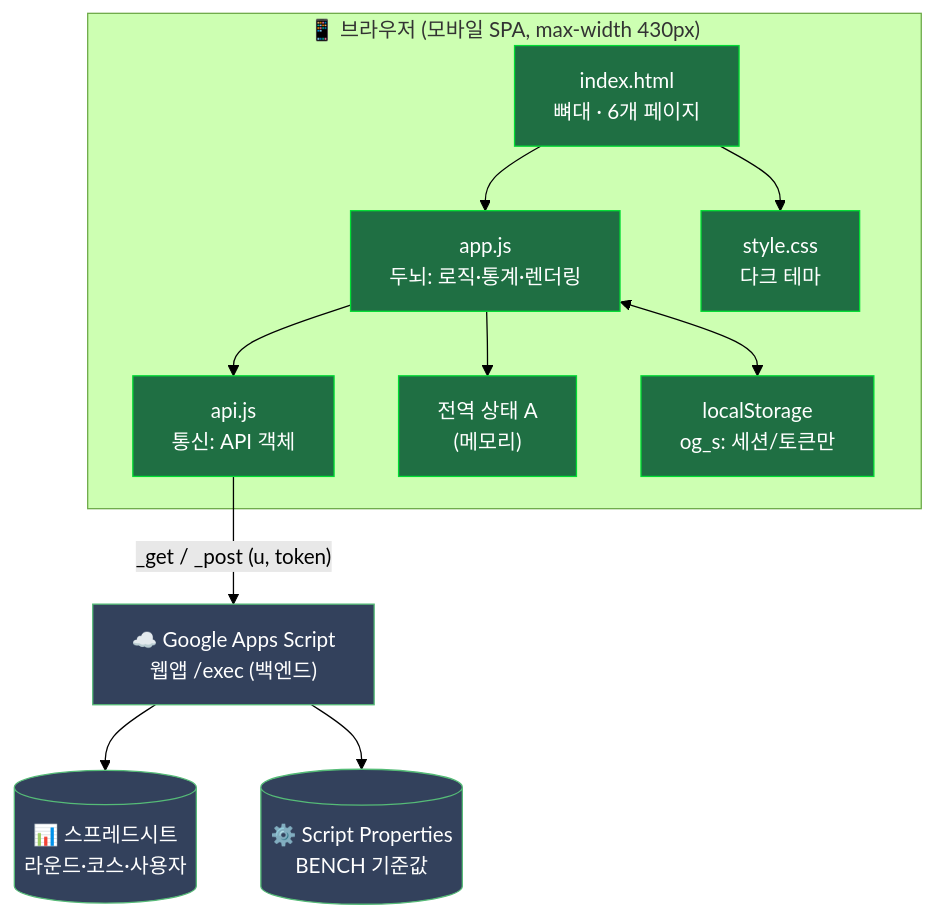
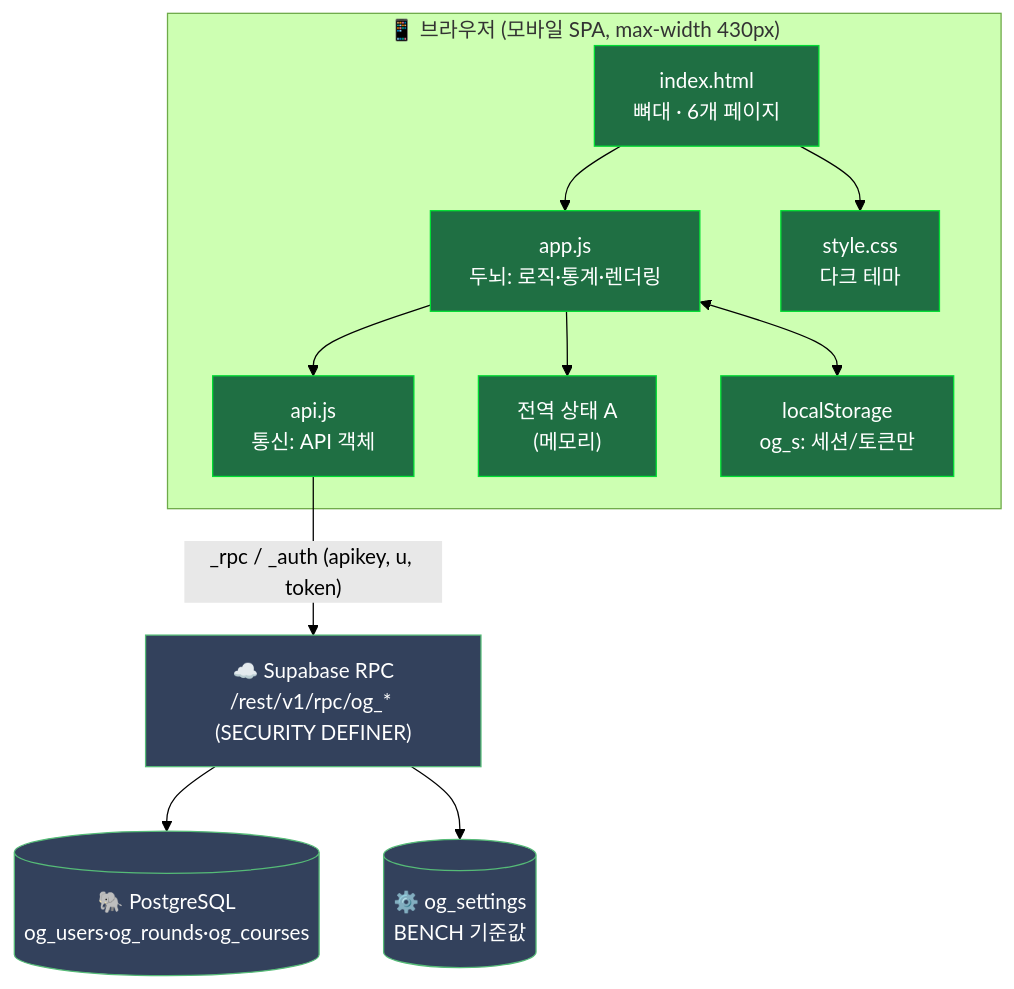
Before and after one commit to jaehkjang/ongreen: the first of 4 diagrams in README.md, drawn with Mermaid (forest theme). The commit also changed other lines of this file and 9 other files, not shown here.

First line of the commit message:
백엔드를 Google Apps Script + Sheet에서 Supabase로 전환 (속도 개선)

````diff
--- a/README.md
+++ b/README.md
@@ -52,30 +54,30 @@
 ```mermaid
 graph TD
     subgraph Browser["📱 브라우저 (모바일 SPA, max-width 430px)"]
         HTML["index.html<br/>뼈대 · 6개 페이지"]
         APP["app.js<br/>두뇌: 로직·통계·렌더링"]
         API["api.js<br/>통신: API 객체"]
         CSS["style.css<br/>다크 테마"]
         STATE["전역 상태 A<br/>(메모리)"]
         LS["localStorage<br/>og_s: 세션/토큰만"]
 
         HTML --> APP
         HTML --> CSS
         APP --> STATE
         APP --> API
         APP <--> LS
     end
 
-    GAS["☁️ Google Apps Script<br/>웹앱 /exec (백엔드)"]
-    SHEET[("📊 스프레드시트<br/>라운드·코스·사용자")]
-    PROPS[("⚙️ Script Properties<br/>BENCH 기준값")]
+    RPC["☁️ Supabase RPC<br/>/rest/v1/rpc/og_* (SECURITY DEFINER)"]
+    DB[("🐘 PostgreSQL<br/>og_users·og_rounds·og_courses")]
+    SET[("⚙️ og_settings<br/>BENCH 기준값")]
 
-    API -- "_get / _post (u, token)" --> GAS
-    GAS --> SHEET
-    GAS --> PROPS
+    API -- "_rpc / _auth (apikey, u, token)" --> RPC
+    RPC --> DB
+    RPC --> SET
 
     classDef front fill:#1f6f43,stroke:#0d3,color:#fff
     classDef back fill:#33415c,stroke:#5b7,color:#fff
     class HTML,APP,API,CSS,STATE,LS front
-    class GAS,SHEET,PROPS back
+    class RPC,DB,SET back
 ```
````
